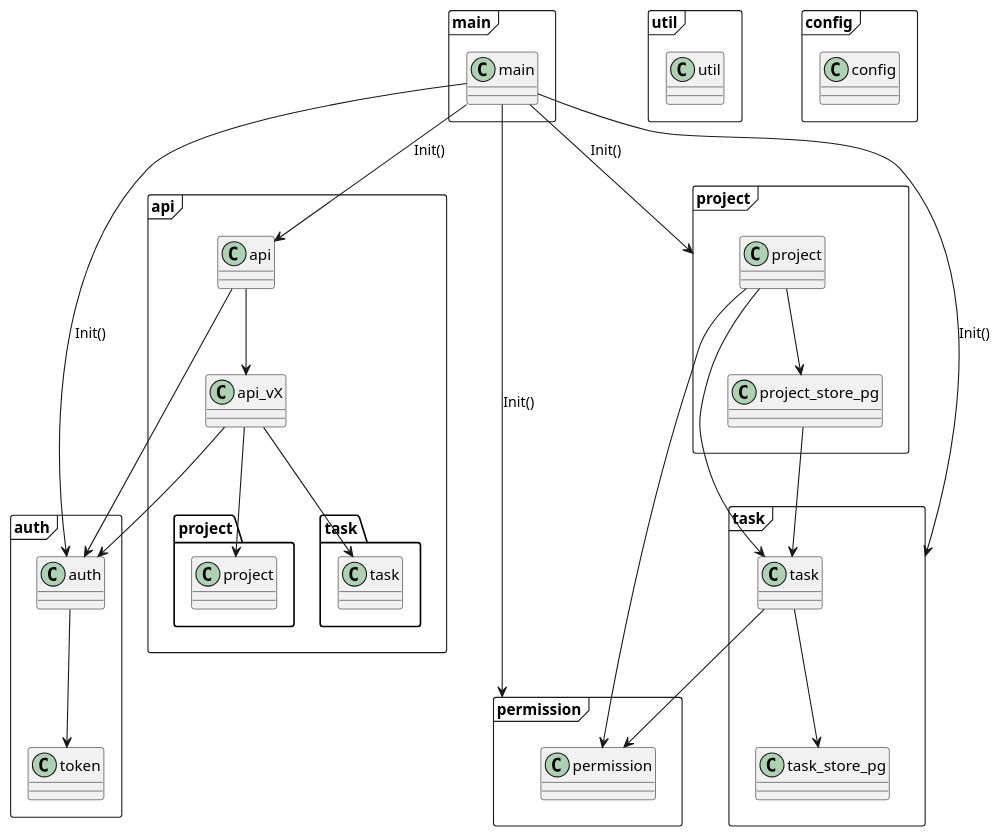
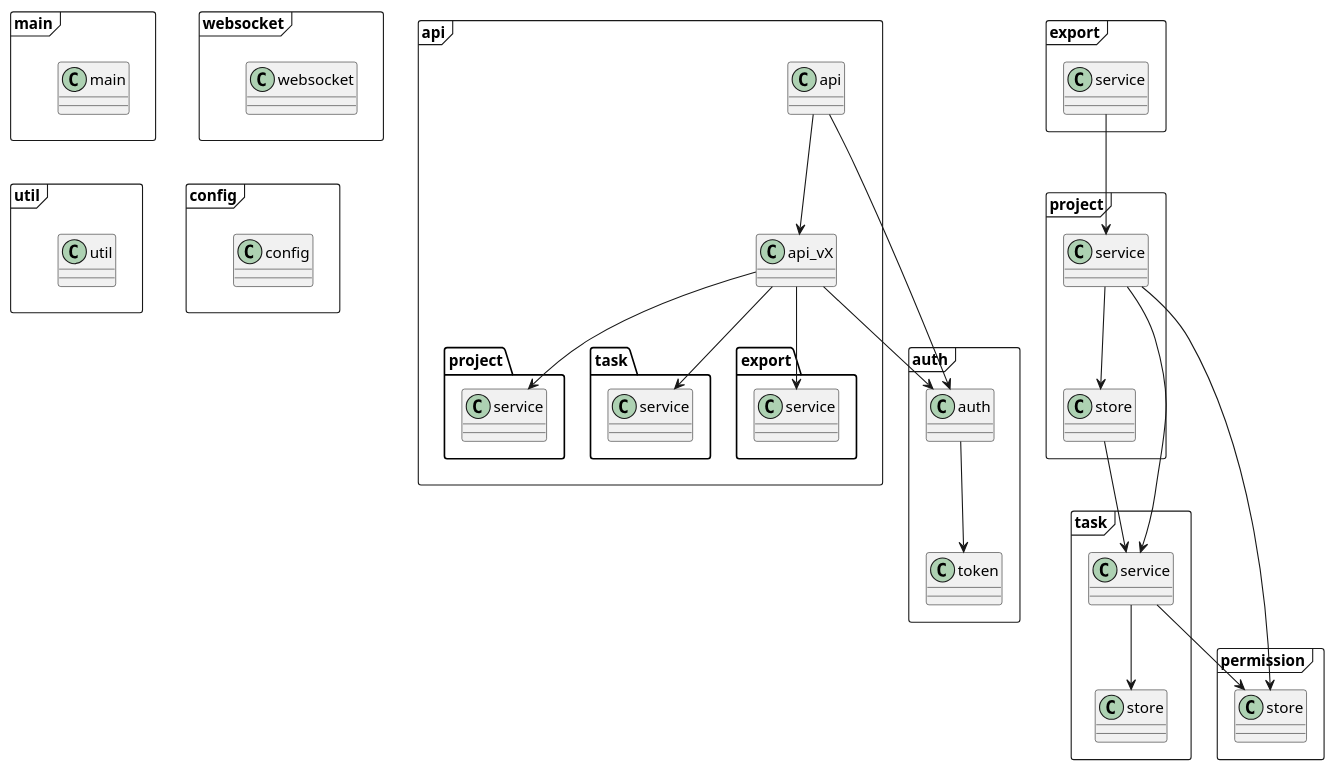
Before and after one commit to hauke96/simple-task-manager: the diagram in doc/architecture/server.puml, drawn with PlantUML. The commit also changed 20 other files, not shown here.

```diff
--- a/doc/architecture/server.puml
+++ b/doc/architecture/server.puml
@@ -1,78 +1,94 @@
 @startuml
 
 package main <<Frame>> {
     class main.main
 }
 
 package util <<Frame>> {
     class util.util
 }
 
 package config <<Frame>> {
     class config.config
 }
 
+package websocket <<Frame>> {
+    class websocket.websocket
+}
+
+' Alignment:
+main -[hidden]down- util
+main -[hidden]right- websocket
+util -[hidden]right- config
+
 package api <<Frame>> {
     class api.api {
     }
     class api.api_vX {
     }
 
     api.api --> api.api_vX
 
-    api.api_vX --> project.project
-    api.api_vX --> task.task
+    api.api_vX --> project.service
+    api.api_vX --> task.service
+    api.api_vX --> export.service
 }
 
 package auth <<Frame>> {
     class auth.auth {
     }
 
     class auth.token {
     }
 
     auth.auth --> auth.token
 }
 
 package project <<Frame>> {
-    class project.project {
+    class project.service {
     }
 
-    class project.project_store_pg {
+    class project.store {
     }
 
-    project.project --> project_store_pg
+    project.service --> store
 }
 
 package task <<Frame>> {
-    class task.task {
+    class task.service {
     }
 
-    class task.task_store_pg {
+    class task.store {
     }
 
-    task.task --> task_store_pg
+    task.service --> store
+}
+
+package export <<Frame>> {
+    class export.service{
+    }
 }
 
 package permission <<Frame>> {
-    class permission.permission{
+    class permission.store{
     }
 }
 
-main.main --> api.api : Init()
-main.main --> auth.auth : Init()
-main.main --> project : Init()
-main.main --> task : Init()
-main.main --> permission : Init()
+'main.main --> api.api : Init()
+'main.main --> auth.auth : Init()
+'main.main --> project : Init()
+'main.main --> task : Init()
+'main.main --> permission : Init()
 
 api.api --> auth.auth
 api.api_vX --> auth.auth
 
-task.task --> permission.permission
+task.service --> permission.store
 
-project.project --> task.task
-project.project --> permission.permission
-project.project_store_pg --> task.task
+project.service --> task.service
+project.service --> permission.store
+project.store --> task.service
 
+export.service --> project.service
 
 @enduml
```
